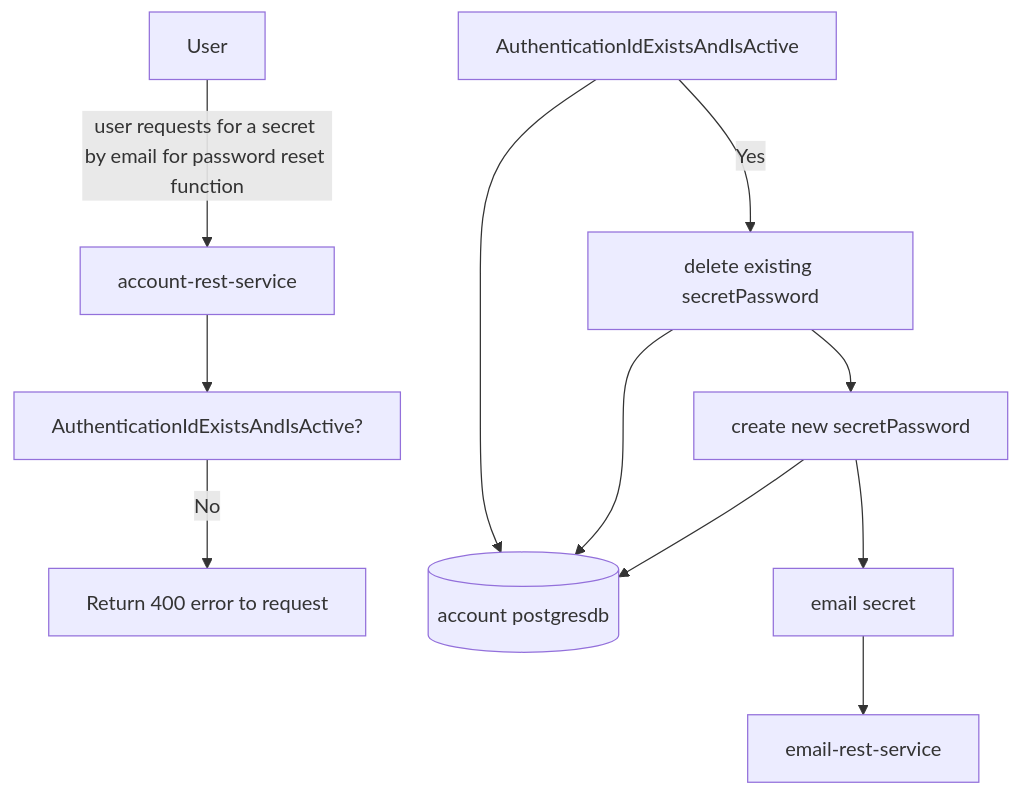
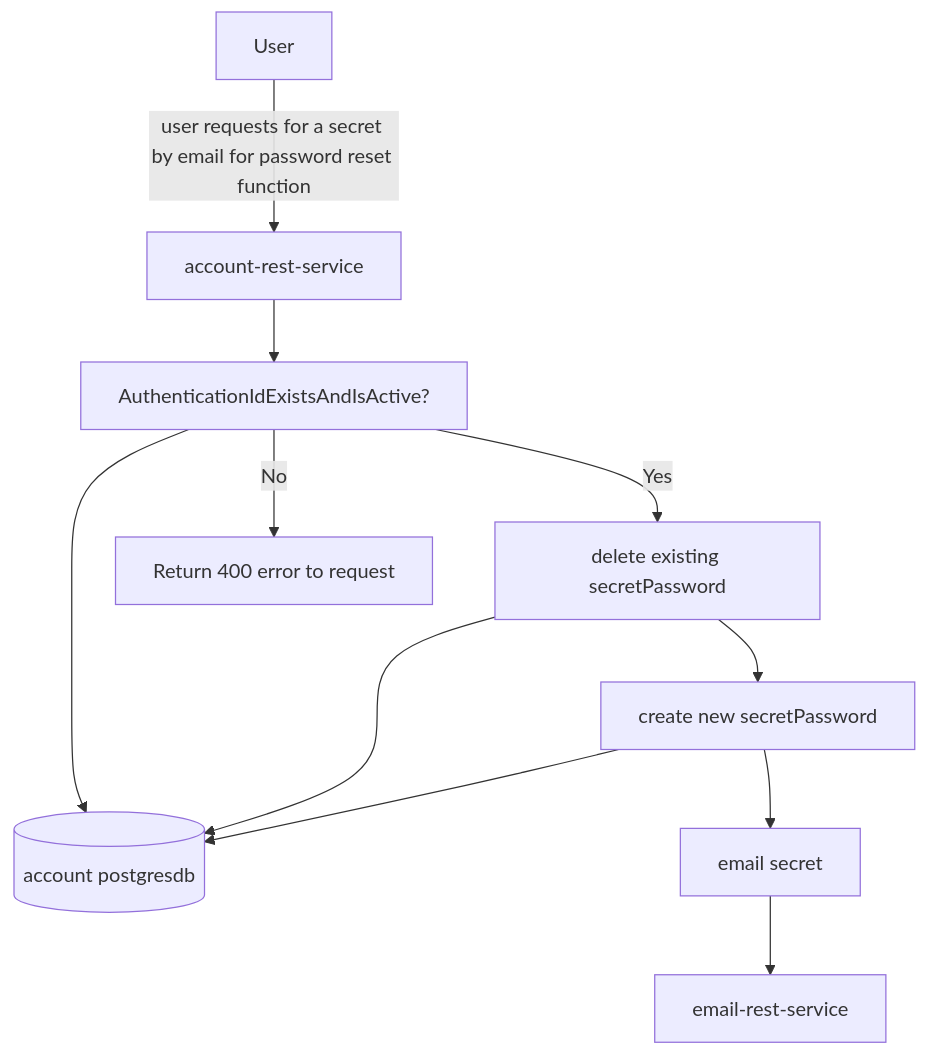
One commit to sonamsamdupkhangsar/account-rest-service changed the fourth of 4 diagrams in README.md. Above: the diagram before and after it, drawn with Mermaid.

````diff
--- a/README.md
+++ b/README.md
@@ -128,13 +128,13 @@
 ```mermaid
 flowchart TD
   User --"user requests for a secret by email for password reset function"--> account-rest-service
   account-rest-service --> validateAuthenticationIdExistsAndTrue["AuthenticationIdExistsAndIsActive?"]
-  AuthenticationIdExistsAndIsActive --> accountDb[(account postgresdb)]
-  AuthenticationIdExistsAndIsActive -->|Yes| deleteAnySecretPassword["delete existing secretPassword"]
+  validateAuthenticationIdExistsAndTrue --> accountDb[(account postgresdb)]
+  validateAuthenticationIdExistsAndTrue -->|Yes| deleteAnySecretPassword["delete existing secretPassword"]
   deleteAnySecretPassword --> accountDb
   validateAuthenticationIdExistsAndTrue -->|No| ReturnError[Return 400 error to request]
   deleteAnySecretPassword --> createNewSecretPassword["create new secretPassword"]
   createNewSecretPassword --> accountDb
   createNewSecretPassword --> emailSecret["email secret"]
   emailSecret --> email-rest-service                  
 ```
````
